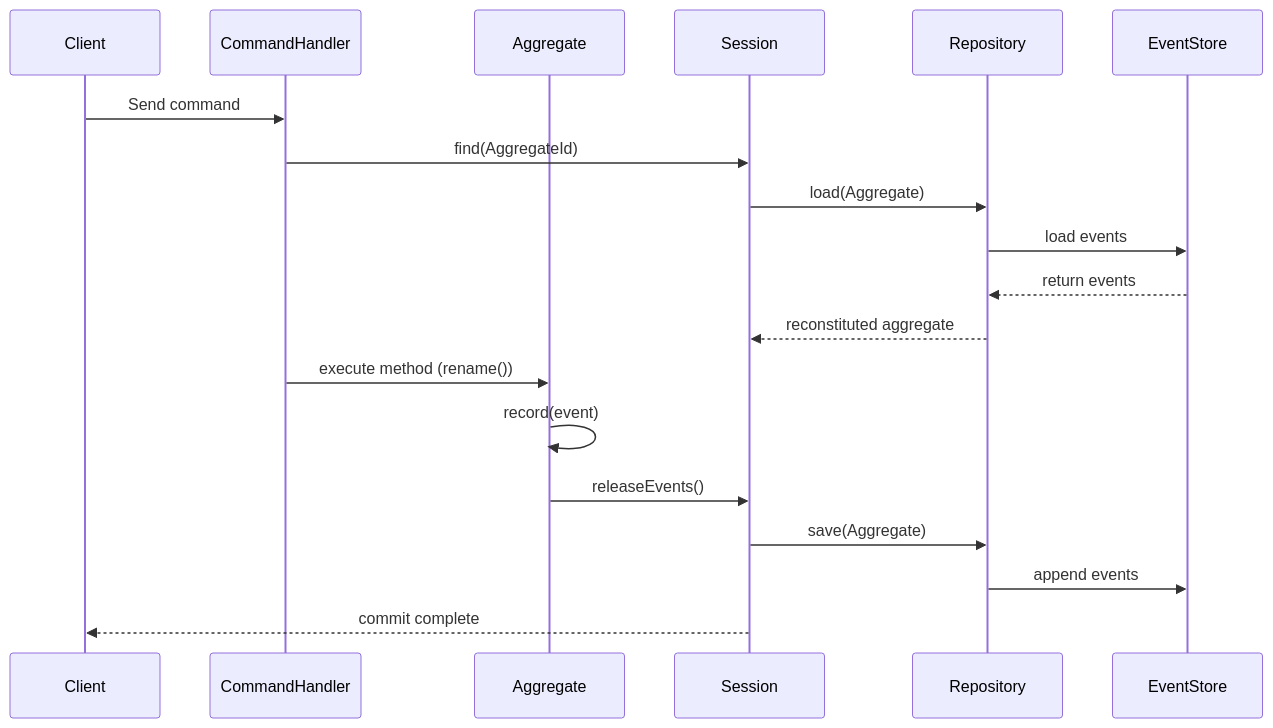
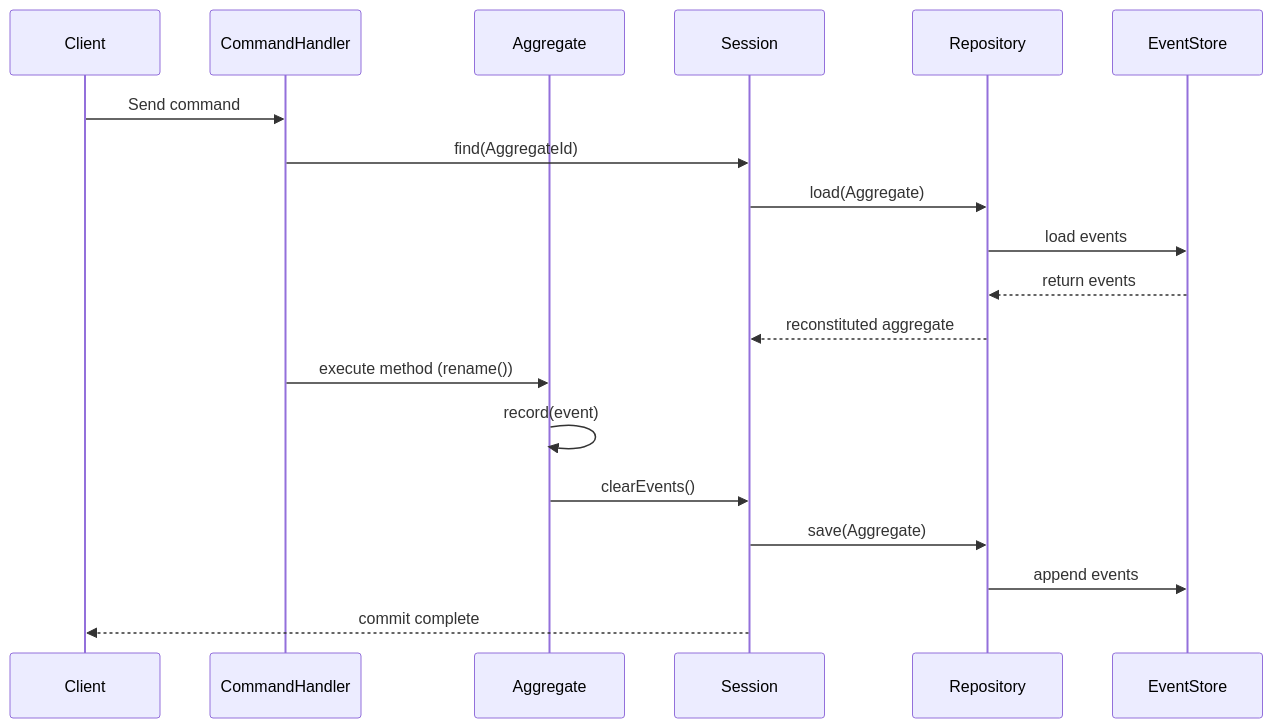
The diagram in docs/concepts/aggregate-roots.md (edvin/pillar), drawn with Mermaid before and after one commit. The commit also changed 51 other files, not shown here.

````diff
--- a/docs/concepts/aggregate-roots.md
+++ b/docs/concepts/aggregate-roots.md
@@ -227,22 +227,22 @@
 ```mermaid
 sequenceDiagram
     participant Client
     participant CommandHandler
     participant Aggregate
     participant Session
     participant Repository
     participant EventStore
 
     Client ->> CommandHandler: Send command
     CommandHandler ->> Session: find(AggregateId)
     Session ->> Repository: load(Aggregate)
     Repository ->> EventStore: load events
     EventStore -->> Repository: return events
     Repository -->> Session: reconstituted aggregate
     CommandHandler ->> Aggregate: execute method (rename())
     Aggregate ->> Aggregate: record(event)
-    Aggregate ->> Session: releaseEvents()
+    Aggregate ->> Session: clearEvents()
     Session ->> Repository: save(Aggregate)
     Repository ->> EventStore: append events
     Session -->> Client: commit complete
 ```
````
